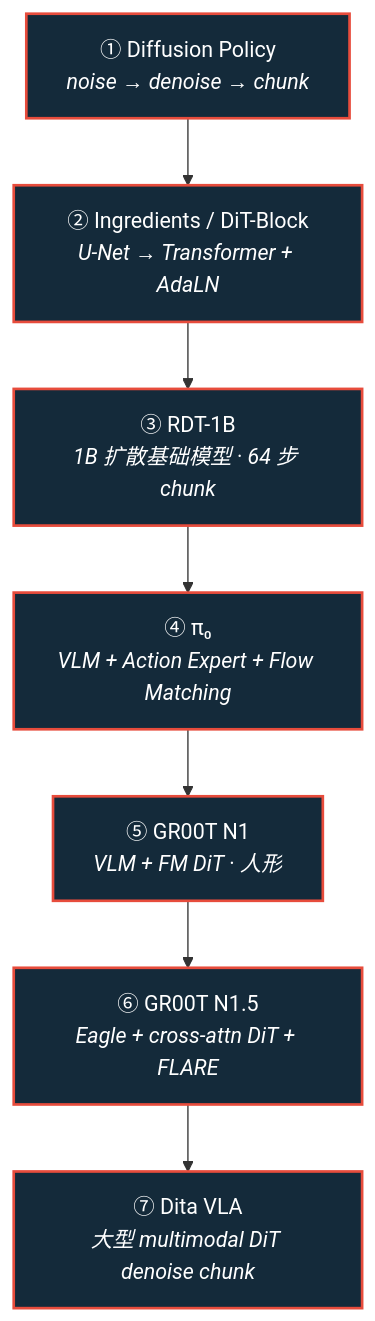
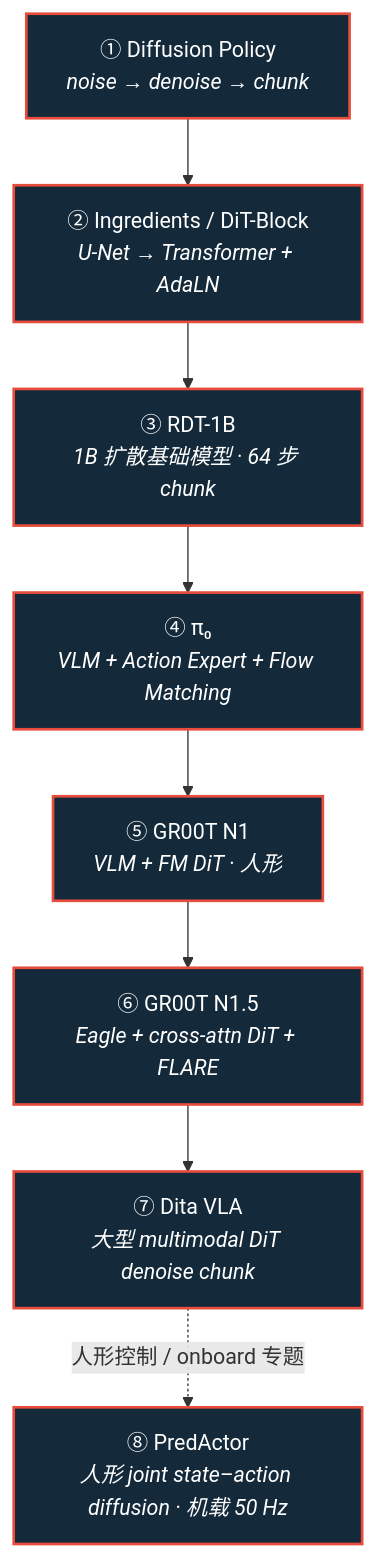
Before and after one commit to ImChong/Robotics_Notebooks: the first of 2 diagrams in roadmap/depth-robotics-diffusion-dit-flow.md, drawn with Mermaid. The commit also changed other lines of this file and 4 other files, not shown here.

````diff
--- a/roadmap/depth-robotics-diffusion-dit-flow.md
+++ b/roadmap/depth-robotics-diffusion-dit-flow.md
@@ -7,15 +7,17 @@
 ```mermaid
 flowchart TB
   DP["① Diffusion Policy<br/><em>noise → denoise → chunk</em>"]
   RDiT["② Ingredients / DiT-Block<br/><em>U-Net → Transformer + AdaLN</em>"]
   RDT["③ RDT-1B<br/><em>1B 扩散基础模型 · 64 步 chunk</em>"]
   PI["④ π₀<br/><em>VLM + Action Expert + Flow Matching</em>"]
   G1["⑤ GR00T N1<br/><em>VLM + FM DiT · 人形</em>"]
   G15["⑥ GR00T N1.5<br/><em>Eagle + cross-attn DiT + FLARE</em>"]
   DITA["⑦ Dita VLA<br/><em>大型 multimodal DiT denoise chunk</em>"]
+  PA["⑧ PredActor<br/><em>人形 joint state–action diffusion · 机载 50 Hz</em>"]
 
   DP --> RDiT --> RDT --> PI --> G1 --> G15 --> DITA
+  DITA -. "人形控制 / onboard 专题" .-> PA
 
   classDef paper fill:#142a3a,stroke:#e74c3c,stroke-width:2px,color:#fff
-  class DP,RDiT,RDT,PI,G1,G15,DITA paper
+  class DP,RDiT,RDT,PI,G1,G15,DITA,PA paper
 ```
````
